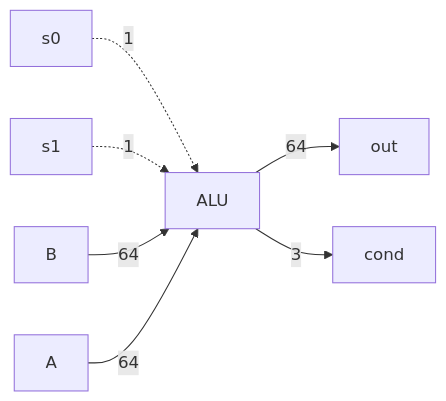
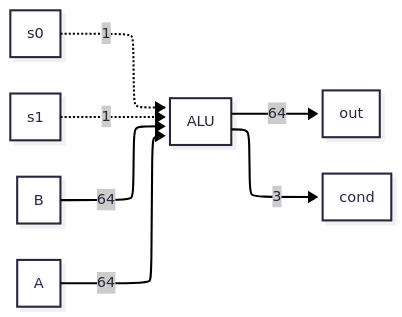
One commit to kuranne/CSTU40 changed the third of 4 diagrams in Year 2/Semester 1/CS221 - Computer Architecture/Lectures/Y86_64.md. Above: the diagram before and after it, drawn with Mermaid. The commit also changed other lines of this file and 7 other files, not shown here.

````diff
--- a/Year 2/Semester 1/CS221 - Computer Architecture/Lectures/Y86_64.md
+++ b/Year 2/Semester 1/CS221 - Computer Architecture/Lectures/Y86_64.md
@@ -81,9 +81,15 @@
 ```mermaid
+---
+config:
+  look: neo
+  layout: elk
+  theme: redux
+---
 flowchart LR
 	s0 -.->|1| ALU
 	s1 -.->|1| ALU
 	B -->|64| ALU
 	A -->|64| ALU
 	ALU -->|64| out
 	ALU -->|3| cond
 ```
````
